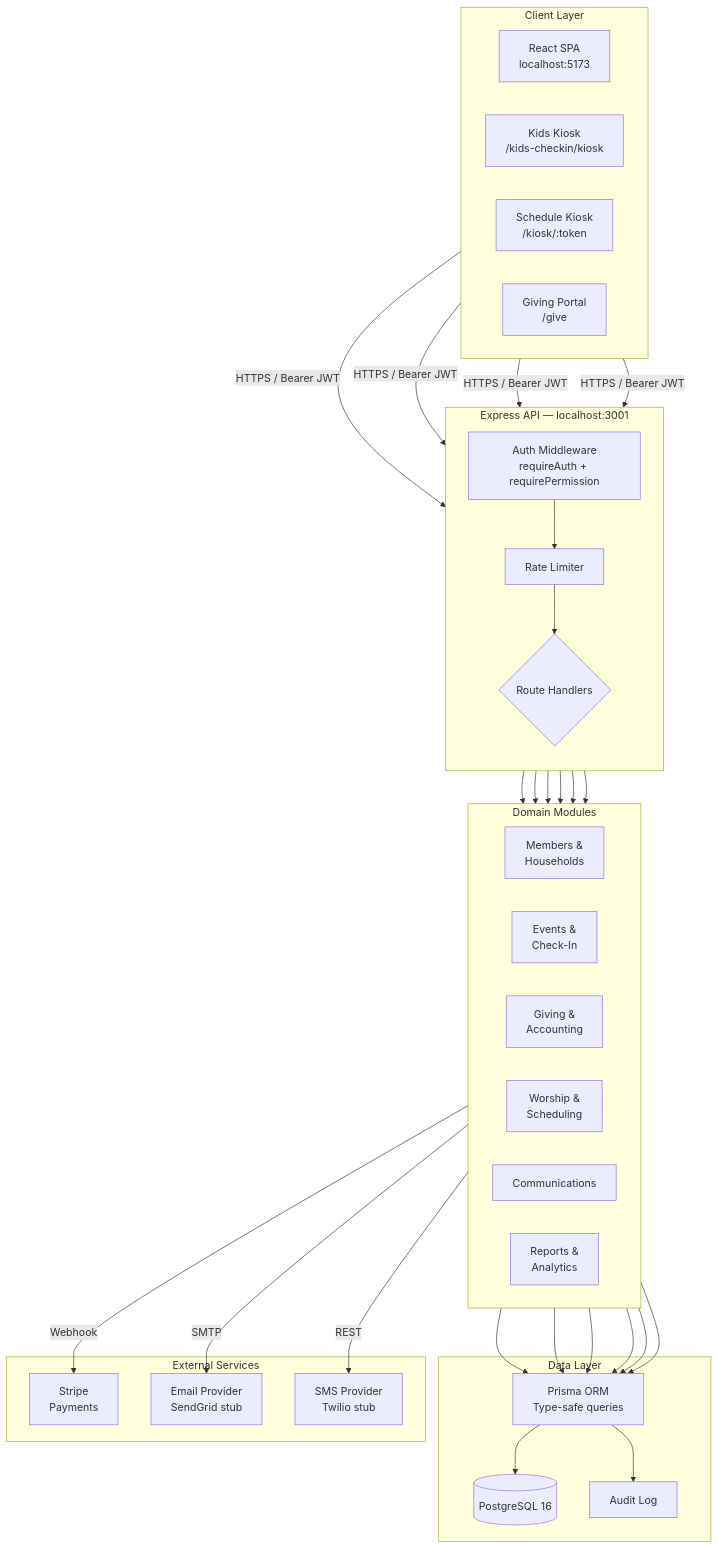
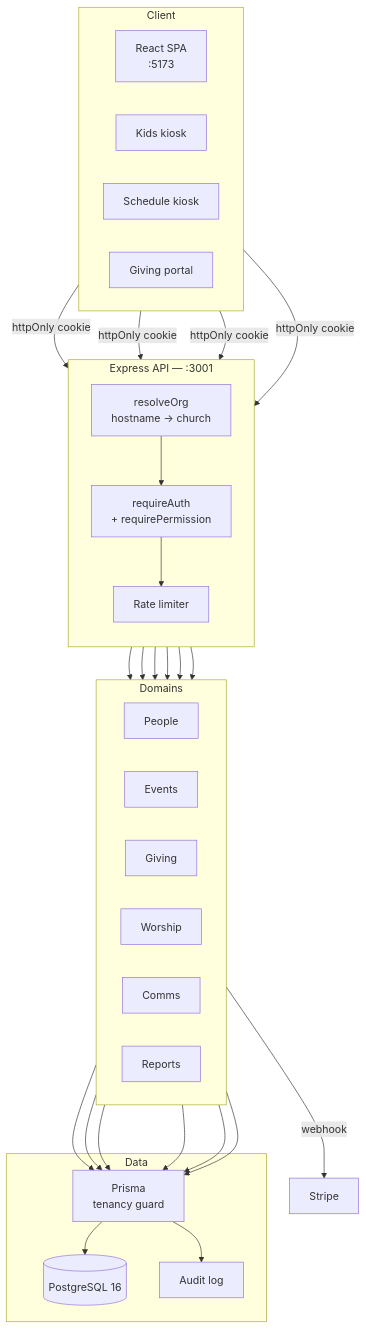
The diagram in README.md (24Skater/StewardChMS), drawn with Mermaid before and after one commit. The commit also changed other lines of this file and 12 other files, not shown here.

````diff
--- a/README.md
+++ b/README.md
@@ -203,49 +311,39 @@
 ```mermaid
 graph TB
-    subgraph Client["Client Layer"]
+    subgraph Client["Client"]
         direction LR
-        A[React SPA<br/>localhost:5173]
-        B[Kids Kiosk<br/>/kids-checkin/kiosk]
-        C[Schedule Kiosk<br/>/kiosk/:token]
-        D[Giving Portal<br/>/give]
+        A[React SPA<br/>:5173]
+        B[Kids kiosk]
+        C[Schedule kiosk]
+        D[Giving portal]
     end
 
-    subgraph Gateway["Express API — localhost:3001"]
+    subgraph API["Express API — :3001"]
         direction TB
-        E[Auth Middleware<br/>requireAuth + requirePermission]
-        F[Rate Limiter]
-        G{Route Handlers}
+        E[resolveOrg<br/>hostname → church]
+        F[requireAuth<br/>+ requirePermission]
+        G[Rate limiter]
     end
 
-    subgraph Domains["Domain Modules"]
+    subgraph Domains["Domains"]
         direction LR
-        H[Members &<br/>Households]
-        I[Events &<br/>Check-In]
-        J[Giving &<br/>Accounting]
-        K[Worship &<br/>Scheduling]
-        L[Communications]
-        M[Reports &<br/>Analytics]
+        H[People]
+        I[Events]
+        J[Giving]
+        K[Worship]
+        L[Comms]
+        M[Reports]
     end
 
-    subgraph Data["Data Layer"]
+    subgraph Data["Data"]
+        O[Prisma<br/>tenancy guard]
         N[(PostgreSQL 16)]
-        O[Prisma ORM<br/>Type-safe queries]
-        P[Audit Log]
+        P[Audit log]
     end
 
-    subgraph External["External Services"]
-        Q[Stripe<br/>Payments]
-        R[Email Provider<br/>SendGrid stub]
-        S[SMS Provider<br/>Twilio stub]
-    end
-
-    A & B & C & D -->|HTTPS / Bearer JWT| E
-    E --> F --> G
-    G --> H & I & J & K & L & M
-    H & I & J & K & L & M --> O
-    O --> N
+    A & B & C & D -->|httpOnly cookie| E
+    E --> F --> G --> H & I & J & K & L & M
+    H & I & J & K & L & M --> O --> N
     O --> P
-    J -->|Webhook| Q
-    L -->|SMTP| R
-    L -->|REST| S
+    J -->|webhook| Q[Stripe]
 ```
````
